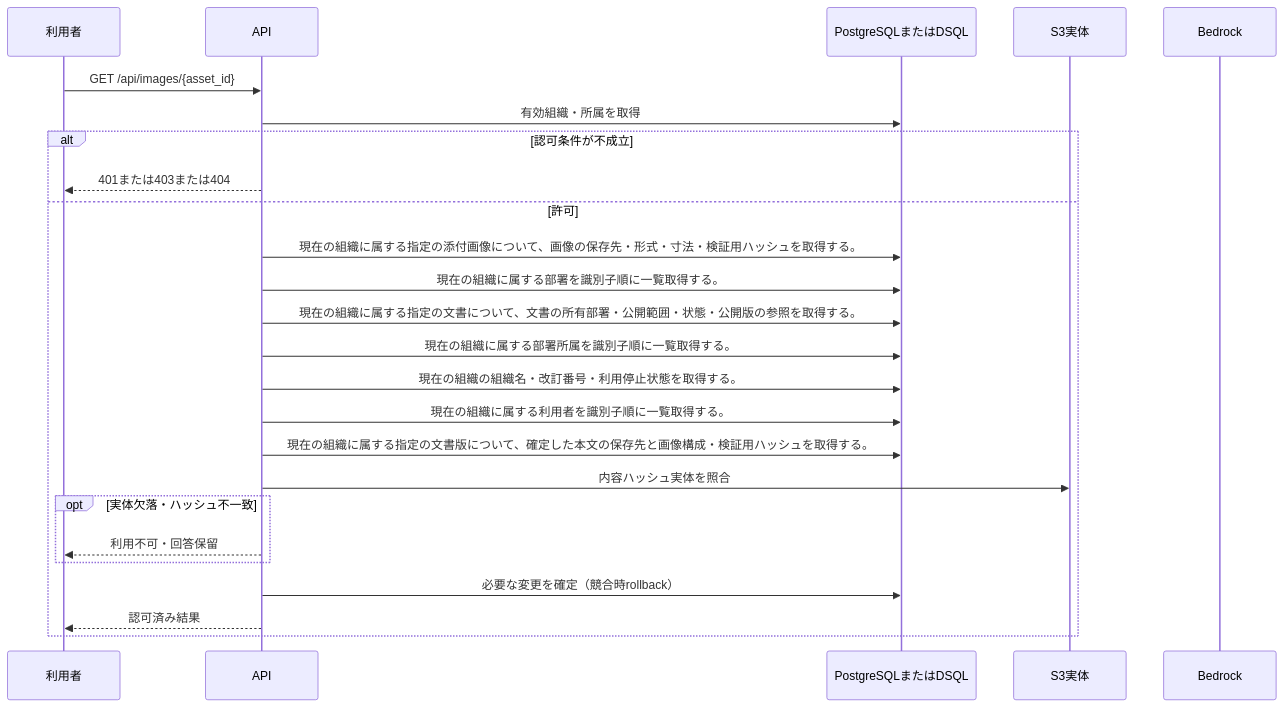
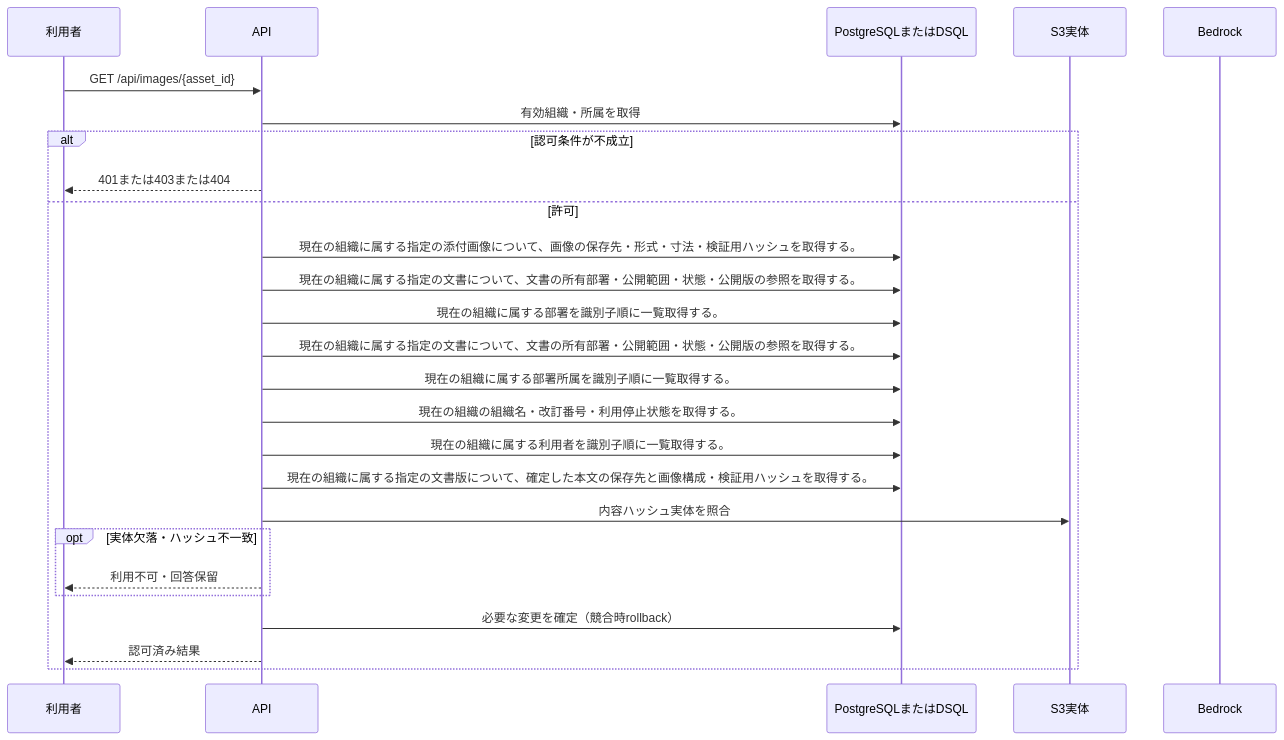
The diagram in docs/design/generated/api/images/get_image/sequence.md (tsuji-tomonori/KotoRelay), drawn with Mermaid before and after one commit. The commit also changed other lines of this file and 628 other files, not shown here.

````diff
--- a/docs/design/generated/api/images/get_image/sequence.md
+++ b/docs/design/generated/api/images/get_image/sequence.md
@@ -7,27 +7,28 @@
 ```mermaid
 sequenceDiagram
     participant U as 利用者
     participant A as API
     participant D as PostgreSQLまたはDSQL
     participant S as S3実体
     participant M as Bedrock
     U->>A: GET /api/images/{asset_id}
     A->>D: 有効組織・所属を取得
     alt 認可条件が不成立
         A-->>U: 401または403または404
     else 許可
         A->>D: 現在の組織に属する指定の添付画像について、画像の保存先・形式・寸法・検証用ハッシュを取得する。
+        A->>D: 現在の組織に属する指定の文書について、文書の所有部署・公開範囲・状態・公開版の参照を取得する。
         A->>D: 現在の組織に属する部署を識別子順に一覧取得する。
         A->>D: 現在の組織に属する指定の文書について、文書の所有部署・公開範囲・状態・公開版の参照を取得する。
         A->>D: 現在の組織に属する部署所属を識別子順に一覧取得する。
         A->>D: 現在の組織の組織名・改訂番号・利用停止状態を取得する。
         A->>D: 現在の組織に属する利用者を識別子順に一覧取得する。
         A->>D: 現在の組織に属する指定の文書版について、確定した本文の保存先と画像構成・検証用ハッシュを取得する。
         A->>S: 内容ハッシュ実体を照合
         opt 実体欠落・ハッシュ不一致
             A-->>U: 利用不可・回答保留
         end
         A->>D: 必要な変更を確定（競合時rollback）
         A-->>U: 認可済み結果
     end
 ```
````
